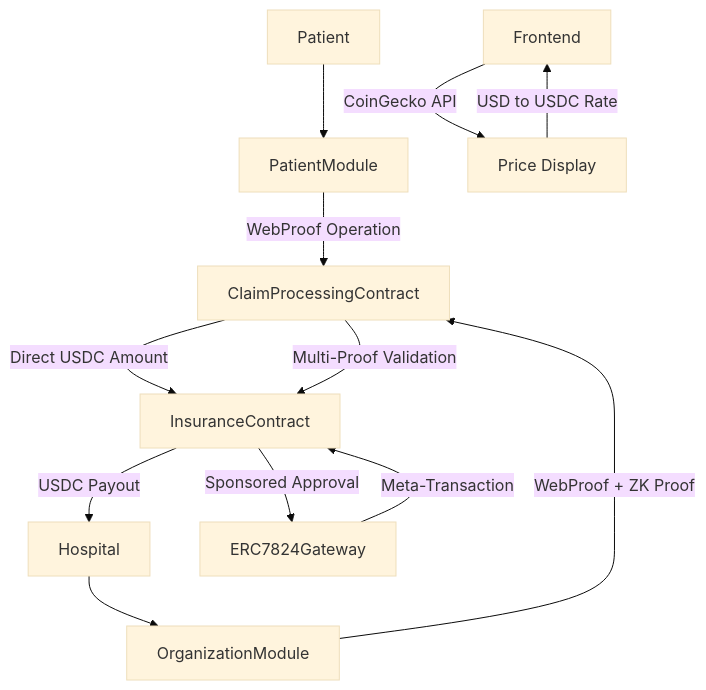
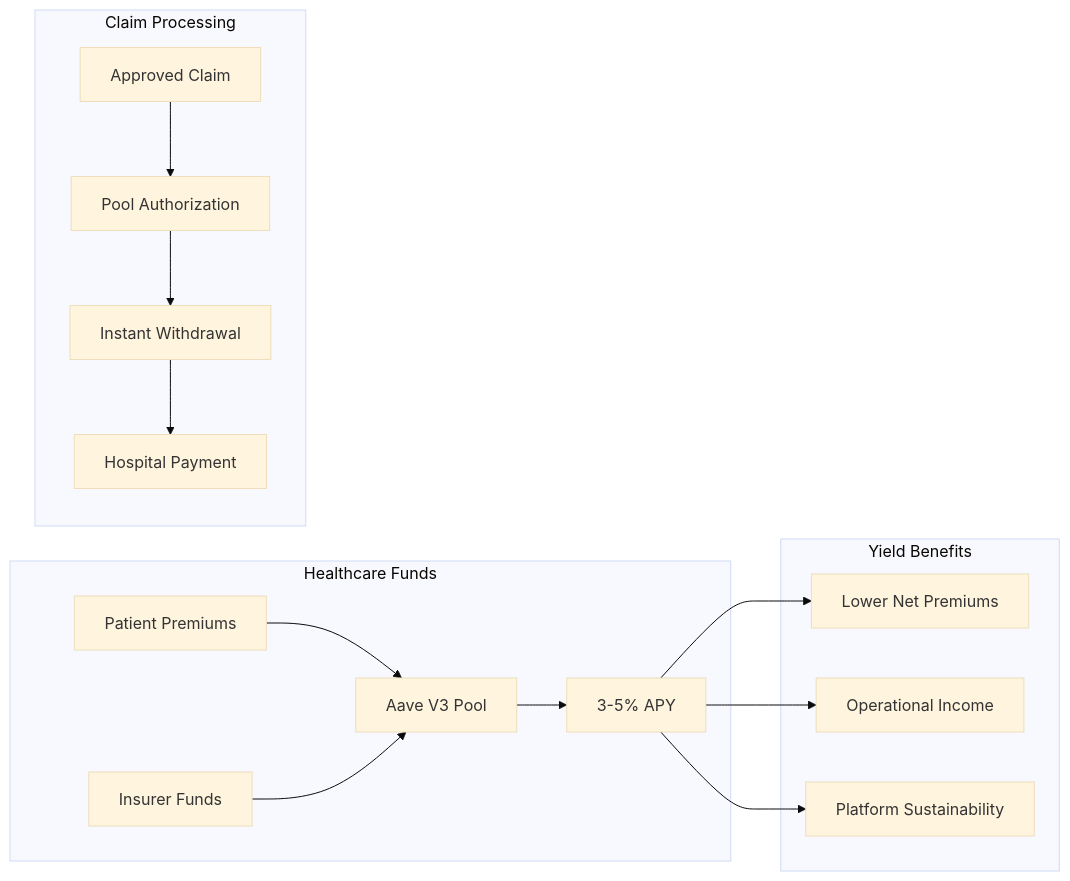
The second of 2 diagrams in memory-bank/contractsOverview.md (ppezzull/zkMed), drawn with Mermaid (base theme) before and after one commit. The commit also changed other lines of this file and 10 other files, not shown here.

````diff
--- a/memory-bank/contractsOverview.md
+++ b/memory-bank/contractsOverview.md
@@ -292,16 +384,20 @@
 ```mermaid
-graph TB
-    P[Patient] --> PM[PatientModule]
-    PM --> |WebProof Operation| CPH[ClaimProcessingContract]
-    H[Hospital] --> OM[OrganizationModule]
-    OM --> |WebProof + ZK Proof| CPH
-    CPH --> |Direct USDC Amount| IC[InsuranceContract]
-    CPH --> |Multi-Proof Validation| IC
-    IC --> |Sponsored Approval| ERC[ERC7824Gateway]
-    ERC --> |Meta-Transaction| IC
-    IC --> |USDC Payout| H
+graph LR
+    subgraph Healthcare Funds
+        PP[Patient Premiums] --> Pool[Aave V3 Pool]
+        IF[Insurer Funds] --> Pool
+        Pool --> Yield[3-5% APY]
+    end
     
-    %% Frontend Price Display
-    UI[Frontend] --> |CoinGecko API| PD[Price Display]
-    PD --> |USD to USDC Rate| UI
+    subgraph Claim Processing
+        Claim[Approved Claim] --> Auth[Pool Authorization]
+        Auth --> Withdraw[Instant Withdrawal]
+        Withdraw --> Hospital[Hospital Payment]
+    end
+    
+    subgraph Yield Benefits
+        Yield --> PatientReturns[Lower Net Premiums]
+        Yield --> InsurerReturns[Operational Income]
+        Yield --> ProtocolReturns[Platform Sustainability]
+    end
 ```
````
